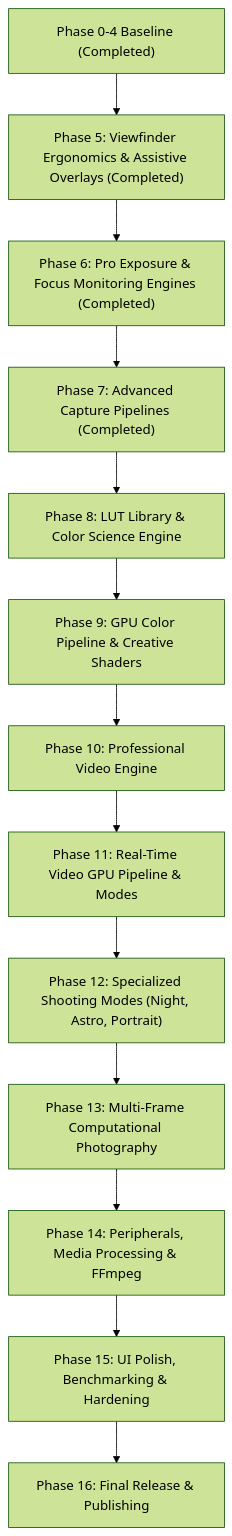
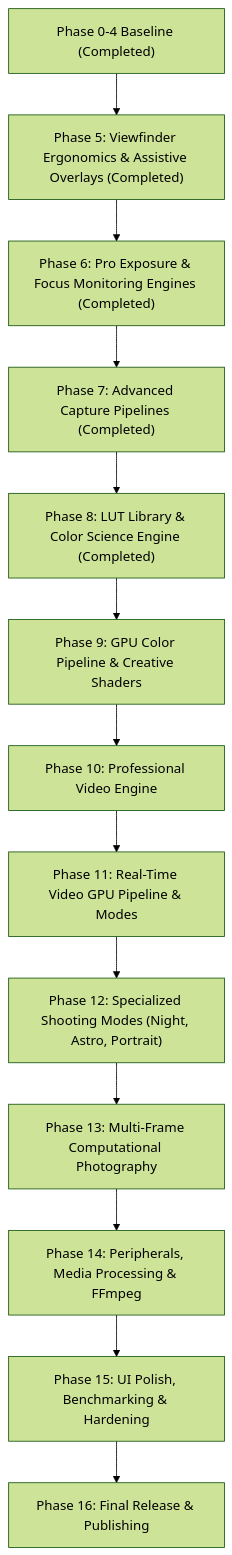
The diagram in docs/MASTER_IMPLEMENTATION_ROADMAP.md (arybishal/Xamera), drawn with Mermaid (forest theme) before and after one commit. The commit also changed other lines of this file and 24 other files, not shown here.

First line of the commit message:
feat(lut): implement Phase 8 LUT Library & Color Science Engine

````diff
--- a/docs/MASTER_IMPLEMENTATION_ROADMAP.md
+++ b/docs/MASTER_IMPLEMENTATION_ROADMAP.md
@@ -41,15 +41,15 @@
 ```mermaid
 flowchart TD
     P4["Phase 0-4 Baseline (Completed)"] --> P5["Phase 5: Viewfinder Ergonomics & Assistive Overlays (Completed)"]
     P5 --> P6["Phase 6: Pro Exposure & Focus Monitoring Engines (Completed)"]
     P6 --> P7["Phase 7: Advanced Capture Pipelines (Completed)"]
-    P7 --> P8["Phase 8: LUT Library & Color Science Engine"]
+    P7 --> P8["Phase 8: LUT Library & Color Science Engine (Completed)"]
     P8 --> P9["Phase 9: GPU Color Pipeline & Creative Shaders"]
     P9 --> P10["Phase 10: Professional Video Engine"]
     P10 --> P11["Phase 11: Real-Time Video GPU Pipeline & Modes"]
     P11 --> P12["Phase 12: Specialized Shooting Modes (Night, Astro, Portrait)"]
     P12 --> P13["Phase 13: Multi-Frame Computational Photography"]
     P13 --> P14["Phase 14: Peripherals, Media Processing & FFmpeg"]
     P14 --> P15["Phase 15: UI Polish, Benchmarking & Hardening"]
     P15 --> P16["Phase 16: Final Release & Publishing"]
 ```
````
